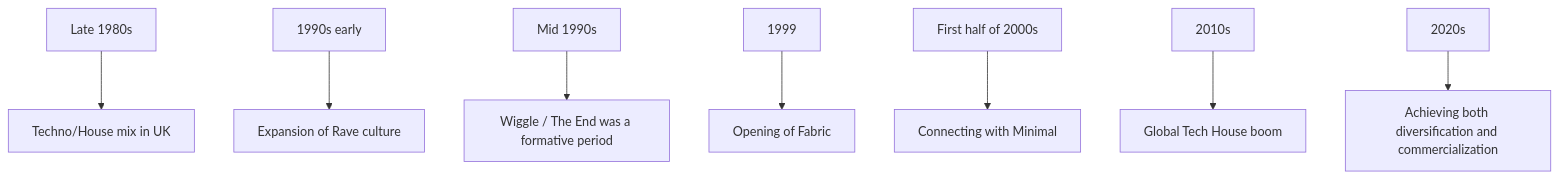
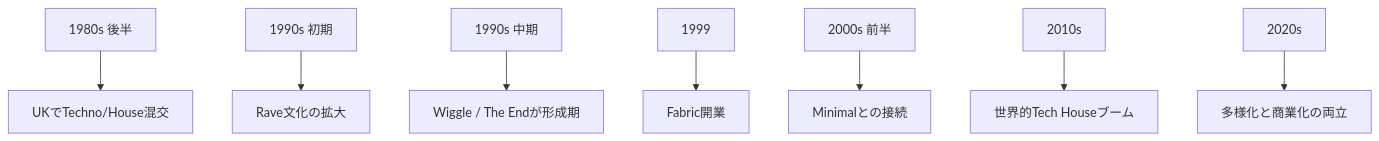
Before and after one commit to monumental-movement/monumental-movement.github.io: the fourth of 4 diagrams in en/_posts/2025-12-09-column-tech-house.md, drawn with Mermaid. The commit also changed other lines of this file and 2196 other files, not shown here.

```diff
--- a/en/_posts/2025-12-09-column-tech-house.md
+++ b/en/_posts/2025-12-09-column-tech-house.md
@@ -286,10 +286,10 @@
 <div class="mermaid">
 flowchart TD
-    A["Late 1980s"] --> B["Techno/House mix in UK"]
-    C["1990s early"] --> D["Expansion of Rave culture"]
-    E["Mid 1990s"] --> F["Wiggle / The End was a formative period"]
-    G["1999"] --> H["Opening of Fabric"]
-    I["First half of 2000s"] --> J["Connecting with Minimal"]
-    K["2010s"] --> L["Global Tech House boom"]
-    M["2020s"] --> N["Achieving both diversification and commercialization"]
+    A["1980s 後半"] --> B["UKでTechno/House混交"]
+    C["1990s 初期"] --> D["Rave文化の拡大"]
+    E["1990s 中期"] --> F["Wiggle / The Endが形成期"]
+    G["1999"] --> H["Fabric開業"]
+    I["2000s 前半"] --> J["Minimalとの接続"]
+    K["2010s"] --> L["世界的Tech Houseブーム"]
+    M["2020s"] --> N["多様化と商業化の両立"]
 </div>
```
